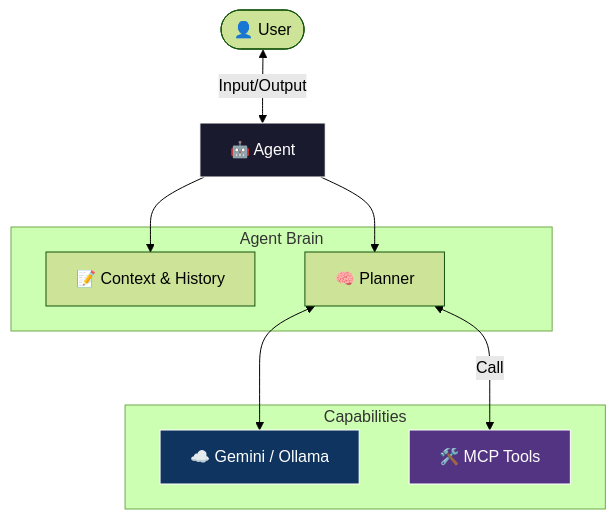
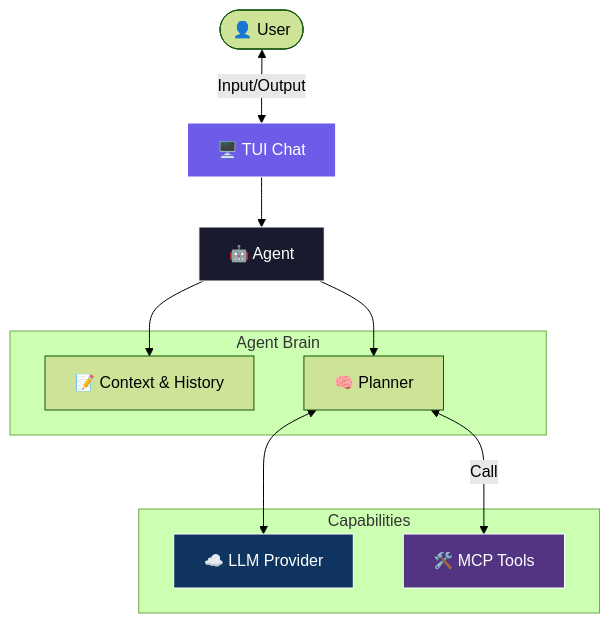
Before and after one commit to tsfarizi/antikhitera-mcp-client: the diagram in AGENTS.MD, drawn with Mermaid (forest theme). The commit also changed other lines of this file and 1 other file, not shown here.

Commit message:
docs: overhaul AGENTS.md into a comprehensive AI coding agent guide with a file map, key patterns, and common tasks, and update README.md.

````diff
--- a/AGENTS.MD
+++ b/AGENTS.MD
@@ -11,23 +172,26 @@
 ```mermaid
 graph TD
-    User([👤 User]) <-->|Input/Output| Agent[🤖 Agent]
+    User([👤 User]) <-->|Input/Output| TUI[🖥️ TUI Chat]
+    
+    TUI --> Agent[🤖 Agent]
     
     subgraph "Agent Brain"
         Context[📝 Context & History]
         Planner[🧠 Planner]
     end
     
     subgraph "Capabilities"
-        LLM[☁️ Gemini / Ollama]
+        LLM[☁️ LLM Provider]
         Tools[🛠️ MCP Tools]
     end
     
     Agent --> Context
     Agent --> Planner
     Planner <--> LLM
     Planner <-->|Call| Tools
     
+    style TUI fill:#6c5ce7,stroke:#fff,color:#fff
     style Agent fill:#1a1a2e,stroke:#fff,color:#fff
     style LLM fill:#0f3460,stroke:#fff,color:#fff
     style Tools fill:#533483,stroke:#fff,color:#fff
 ```
````
